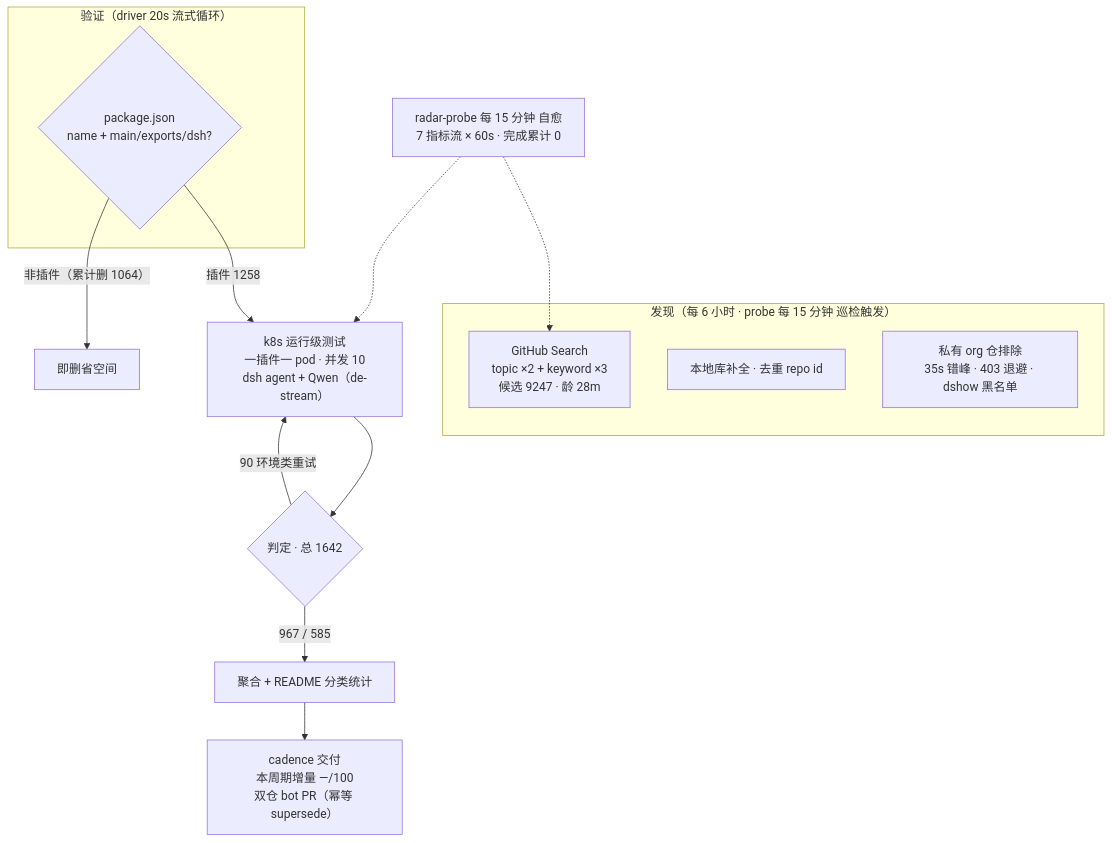
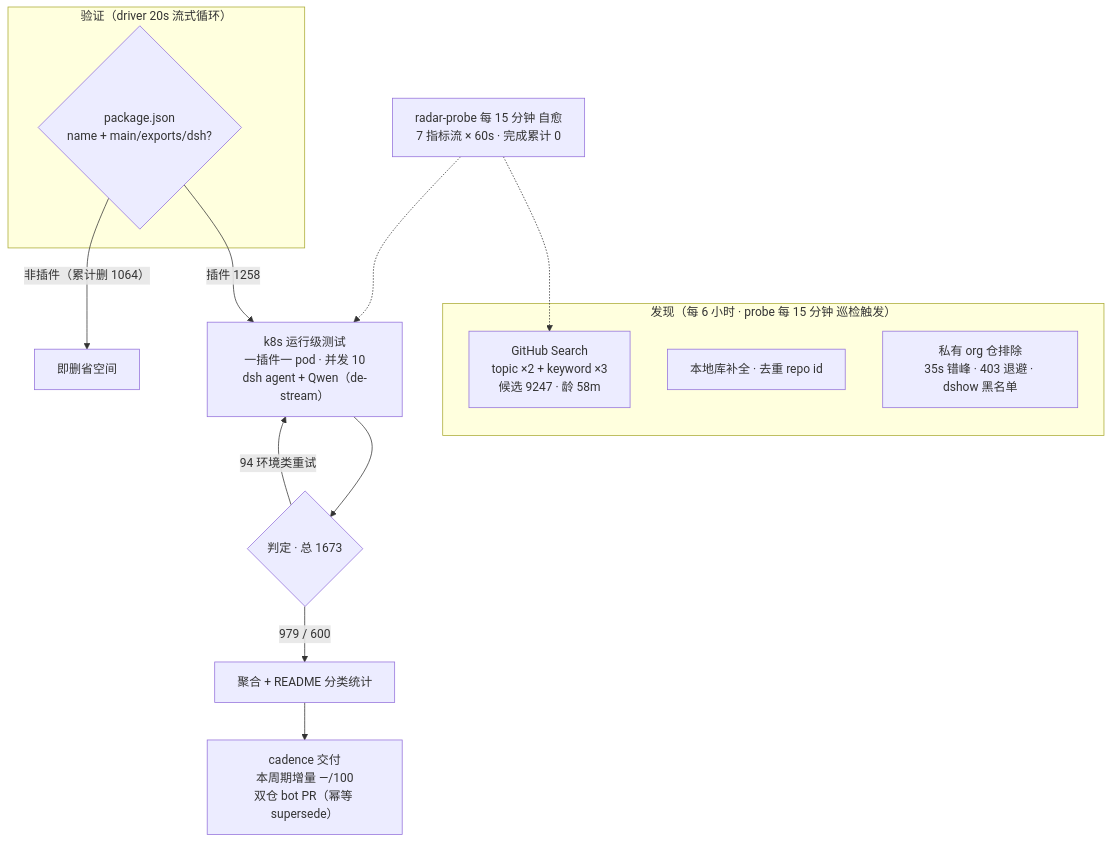
The diagram in README.md (Zhidao-Lab-OSS/awesome-dsh-plugins), drawn with Mermaid before and after one commit. The commit also changed other lines of this file and 1 other file, not shown here.

````diff
--- a/README.md
+++ b/README.md
@@ -30,19 +30,19 @@
 ```mermaid
 flowchart TB
     subgraph Discovery[" 发现（每 6 小时 · probe 每 15 分钟 巡检触发）"]
-        A1["GitHub Search<br/>topic ×2 + keyword ×3<br/>候选 9247 · 龄 28m"]
+        A1["GitHub Search<br/>topic ×2 + keyword ×3<br/>候选 9247 · 龄 58m"]
         A2["本地库补全 · 去重 repo id"]
         A3[" 私有 org 仓排除<br/>35s 错峰 · 403 退避 · dshow 黑名单"]
     end
     subgraph Validation[" 验证（driver 20s 流式循环）"]
         B1{"package.json<br/>name + main/exports/dsh?"}
     end
     B1 -->|"插件 1258"| C1["k8s 运行级测试<br/>一插件一 pod · 并发 10<br/>dsh agent + Qwen（de-stream）"]
     B1 -->|"非插件（累计删 1064）"| B3[" 即删省空间"]
-    C1 --> D1{"判定 · 总 1642"}
-    D1 -->|" 967 /  585"| E1["聚合 + README 分类统计"]
-    D1 -->|" 90 环境类重试"| C1
+    C1 --> D1{"判定 · 总 1673"}
+    D1 -->|" 979 /  600"| E1["聚合 + README 分类统计"]
+    D1 -->|" 94 环境类重试"| C1
     E1 --> E2["cadence 交付<br/>本周期增量 —/100<br/>双仓 bot PR（幂等 supersede）"]
     M[" radar-probe 每 15 分钟 自愈<br/>7 指标流 × 60s · 完成累计 0"] -.-> A1
     M -.-> C1
 ```
````
